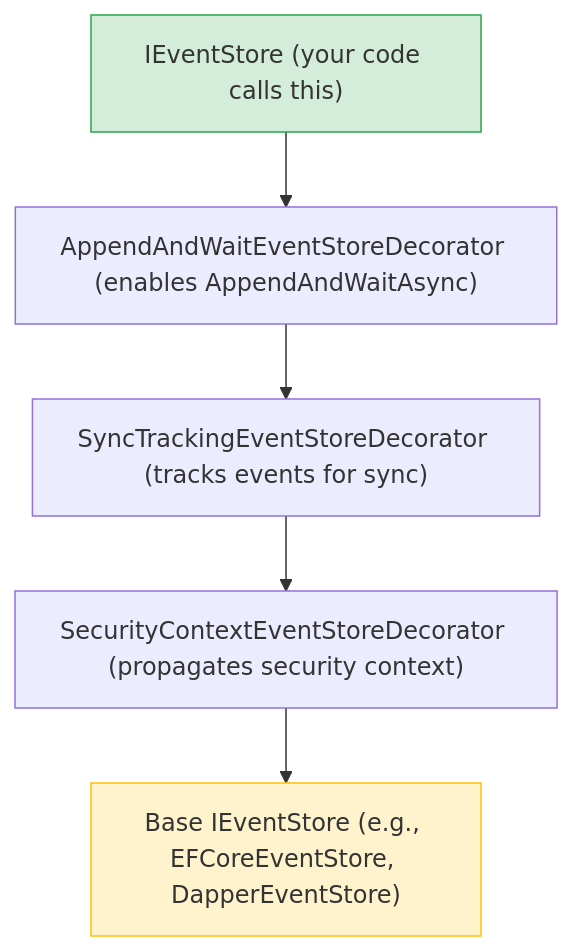
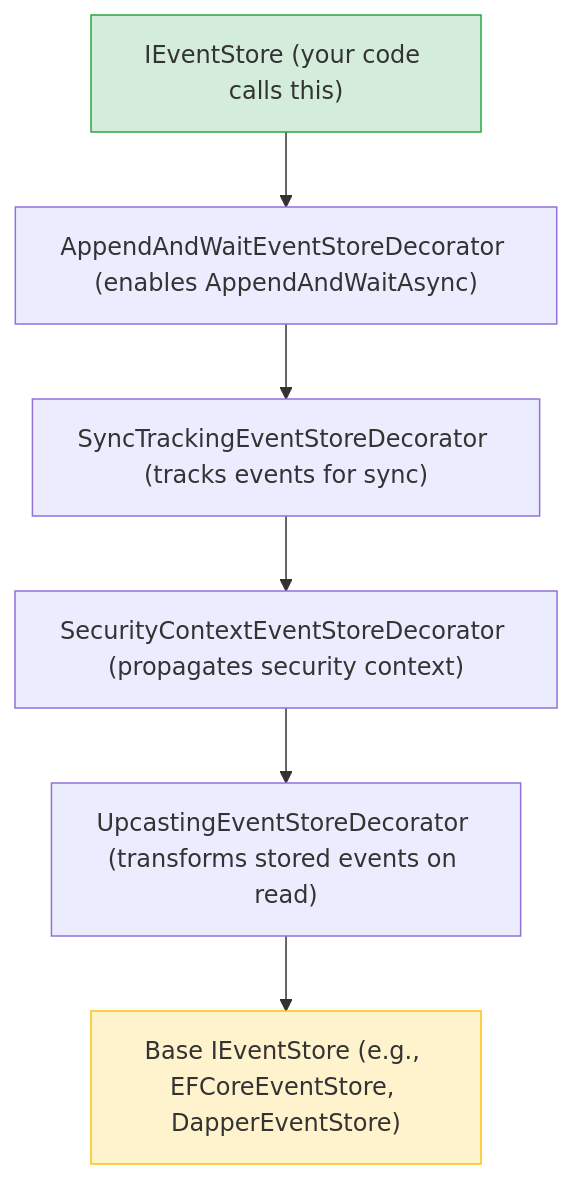
Before and after one commit to whizbang-lib/whizbang-lib.github.io: the diagram in src/assets/docs/v1.0.0/fundamentals/events/event-store.md, drawn with Mermaid. The commit also changed other lines of this file and 107 other files, not shown here.

````diff
--- a/src/assets/docs/v1.0.0/fundamentals/events/event-store.md
+++ b/src/assets/docs/v1.0.0/fundamentals/events/event-store.md
@@ -242,13 +266,14 @@
 ```mermaid
 graph TB
     A["IEventStore (your code calls this)"]
     B["AppendAndWaitEventStoreDecorator (enables AppendAndWaitAsync)"]
     C["SyncTrackingEventStoreDecorator (tracks events for sync)"]
     D["SecurityContextEventStoreDecorator (propagates security context)"]
-    E["Base IEventStore (e.g., EFCoreEventStore, DapperEventStore)"]
+    E["UpcastingEventStoreDecorator (transforms stored events on read)"]
+    F["Base IEventStore (e.g., EFCoreEventStore, DapperEventStore)"]
 
-    A --> B --> C --> D --> E
+    A --> B --> C --> D --> E --> F
 
     style A fill:#d4edda,stroke:#28a745
-    style E fill:#fff3cd,stroke:#ffc107
+    style F fill:#fff3cd,stroke:#ffc107
 ```
````
